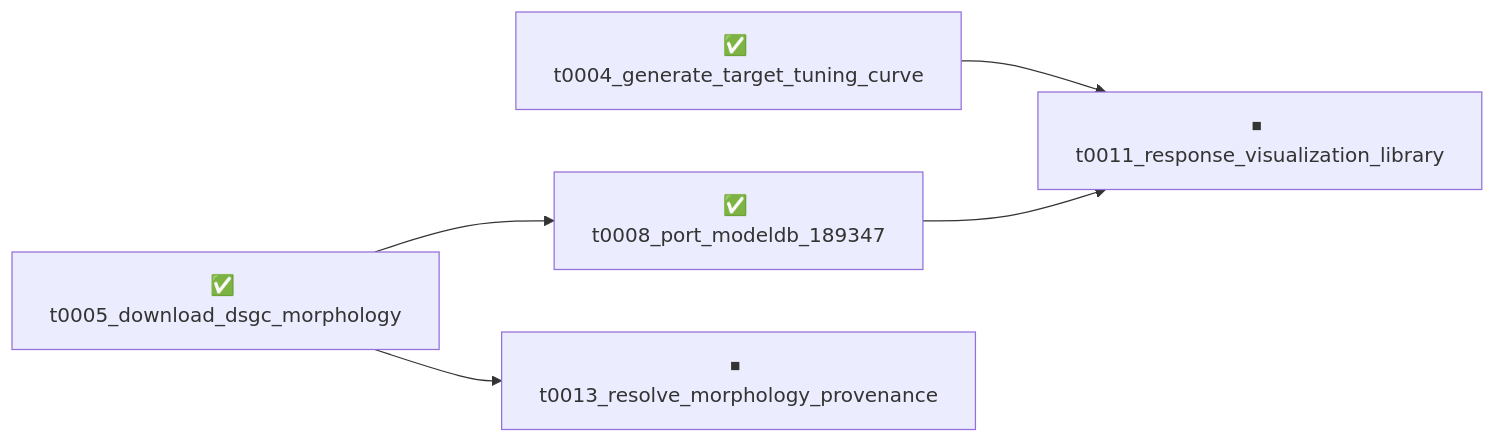
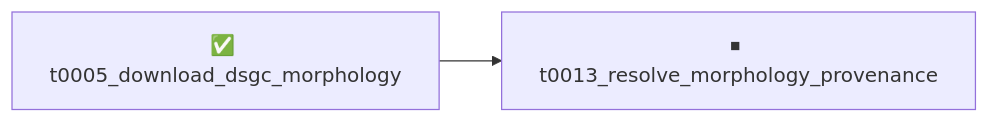
One commit to tonza17/neuron-channels changed the diagram in overview/tasks/README.md. Above: the diagram before and after it, drawn with Mermaid. The commit also changed other lines of this file and 36 other files, not shown here.

Commit message:
Refresh overview after t0011_response_visualization_library merge

````diff
--- a/overview/tasks/README.md
+++ b/overview/tasks/README.md
@@ -12,13 +12,7 @@
 ```mermaid
 graph LR
-    t0004_generate_target_tuning_curve["✅ t0004_generate_target_tuning_curve"]
     t0005_download_dsgc_morphology["✅ t0005_download_dsgc_morphology"]
-    t0008_port_modeldb_189347["✅ t0008_port_modeldb_189347"]
-    t0011_response_visualization_library["⏹ t0011_response_visualization_library"]
     t0013_resolve_morphology_provenance["⏹ t0013_resolve_morphology_provenance"]
 
-    t0005_download_dsgc_morphology --> t0008_port_modeldb_189347
-    t0004_generate_target_tuning_curve --> t0011_response_visualization_library
-    t0008_port_modeldb_189347 --> t0011_response_visualization_library
     t0005_download_dsgc_morphology --> t0013_resolve_morphology_provenance
 ```
````
